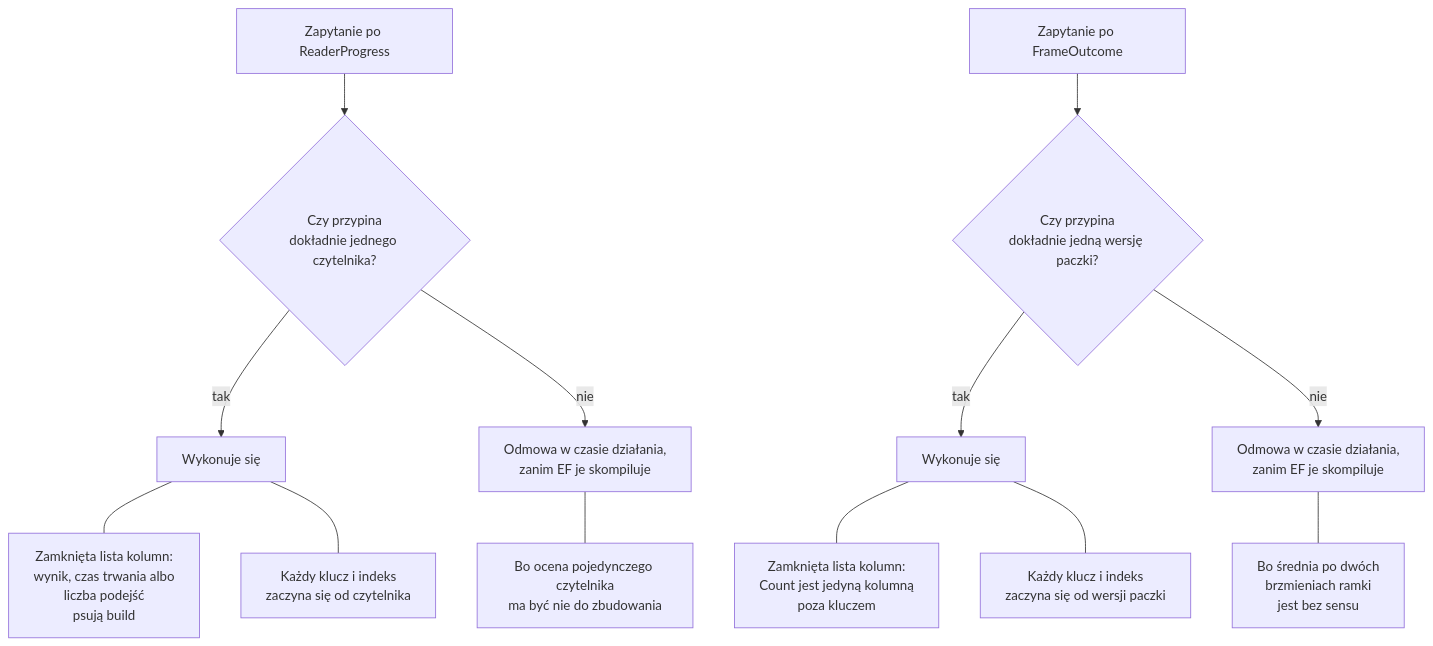
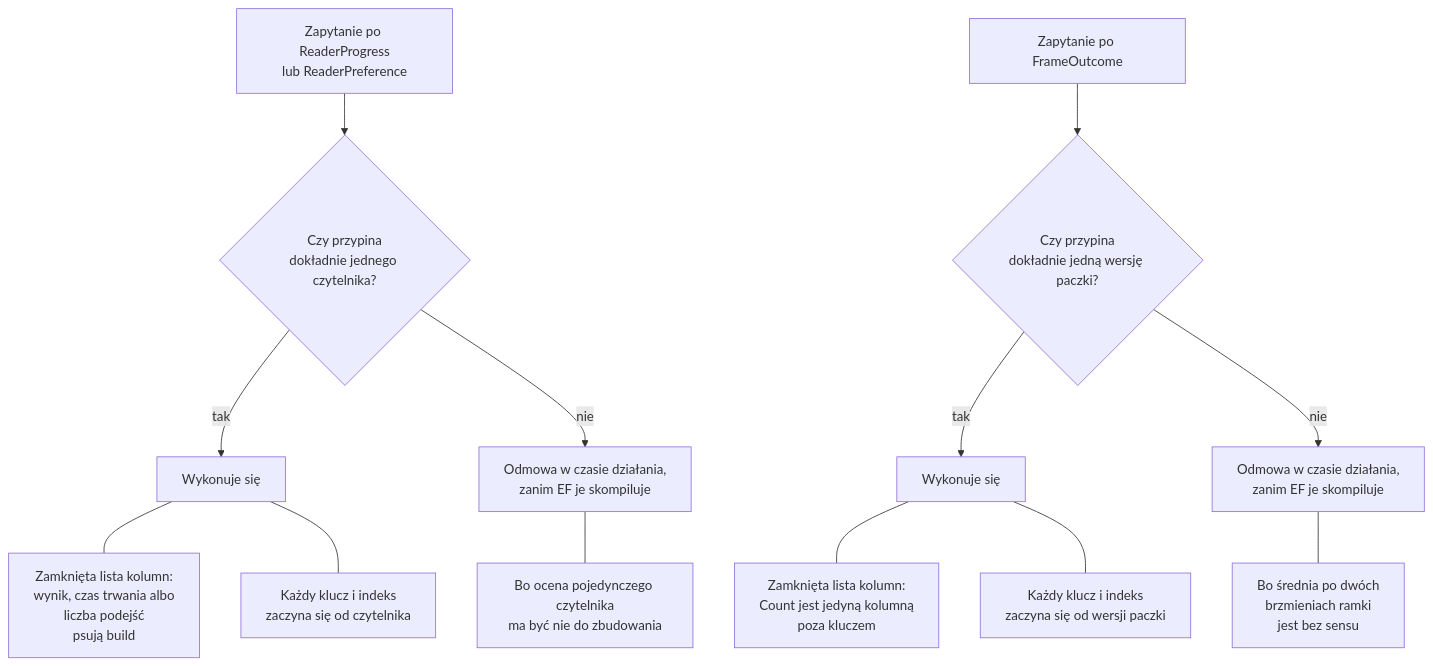
The diagram in docs/diagrams/c4-refused-queries.pl.mmd (konradcinkusz/ab-ove), drawn with Mermaid before and after one commit. The commit also changed 79 other files, not shown here.

```diff
--- a/docs/diagrams/c4-refused-queries.pl.mmd
+++ b/docs/diagrams/c4-refused-queries.pl.mmd
@@ -1,46 +1,47 @@
 %% Dwa zapytania, których warstwa trwałości odmawia, i inny powód każdego z nich.
 %% JEDEN DIAGRAM NA PLIK. UTF-8. Dlaczego nie ASCII: patrz a1-system-context.pl.mmd.
 
 %% SĄ SWOIMI LUSTRZANYMI ODBICIAMI, A NIE TĄ SAMĄ REGUŁĄ Z INNĄ KOLUMNĄ.
-%% ReaderScopedQueries odmawia zapytania obejmującego wielu CZYTELNIKÓW, bo ocena
-%% pojedynczego czytelnika ma być nie do zbudowania (ADR-0009, ADR-0020).
+%% ReaderScopedQueries odmawia zapytania obejmującego wielu CZYTELNIKÓW - po każdej z dwóch
+%% tabel kluczowanych czytelnikiem - bo ocena pojedynczego czytelnika ma być nie do
+%% zbudowania (ADR-0009, ADR-0020, ADR-0048).
 %% BundlePinnedQueries odmawia zapytania obejmującego wiele TEKSTÓW, bo średnia po dwóch
 %% brzmieniach ramki jest bez sensu, a nie zakazana (ADR-0024) - kazałaby rejestrowi kłamać
 %% o ramce, którą ktoś już poprawił.
 
 %% KAŻDĄ WIDZIANO, JAK CZEGOŚ ODMAWIA, ZANIM W NIĄ UWIERZONO, a jedna odmówiła czegoś, czego
 %% nikt nie podłożył: trzy testy samego magazynu wyników czytały go bez przypiętej wersji.
 
 %% ODMOWA PADA, ZANIM EF SKOMPILUJE ZAPYTANIE, co czyni ją regułą, a nie uwagą z przeglądu.
 
 flowchart TD
-  Q1["Zapytanie po ReaderProgress"]
+  Q1["Zapytanie po ReaderProgress<br/>lub ReaderPreference"]
   G1{"Czy przypina<br/>dokładnie jednego czytelnika?"}
   R1["Wykonuje się"]
   X1["Odmowa w czasie działania,<br/>zanim EF je skompiluje"]
 
   Q2["Zapytanie po FrameOutcome"]
   G2{"Czy przypina<br/>dokładnie jedną wersję paczki?"}
   R2["Wykonuje się"]
   X2["Odmowa w czasie działania,<br/>zanim EF je skompiluje"]
 
   Q1 --> G1
   G1 -->|"tak"| R1
   G1 -->|"nie"| X1
   Q2 --> G2
   G2 -->|"tak"| R2
   G2 -->|"nie"| X2
 
   W1["Bo ocena pojedynczego czytelnika<br/>ma być nie do zbudowania"]
   W2["Bo średnia po dwóch<br/>brzmieniach ramki<br/>jest bez sensu"]
   X1 --- W1
   X2 --- W2
 
   K1["Zamknięta lista kolumn:<br/>wynik, czas trwania albo<br/>liczba podejść<br/>psują build"]
   K2["Zamknięta lista kolumn:<br/>Count jest jedyną kolumną<br/>poza kluczem"]
   I1["Każdy klucz i indeks<br/>zaczyna się od czytelnika"]
   I2["Każdy klucz i indeks<br/>zaczyna się od wersji paczki"]
   R1 --- K1
   R1 --- I1
   R2 --- K2
   R2 --- I2
```
